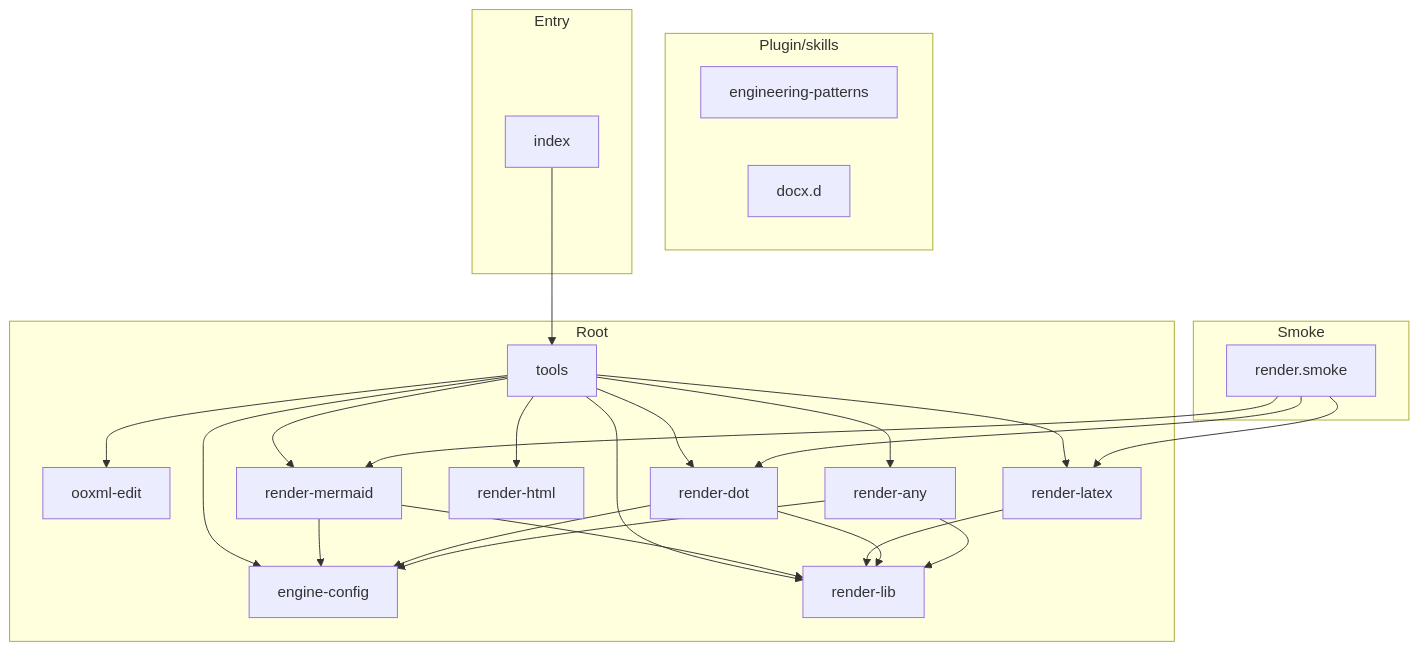
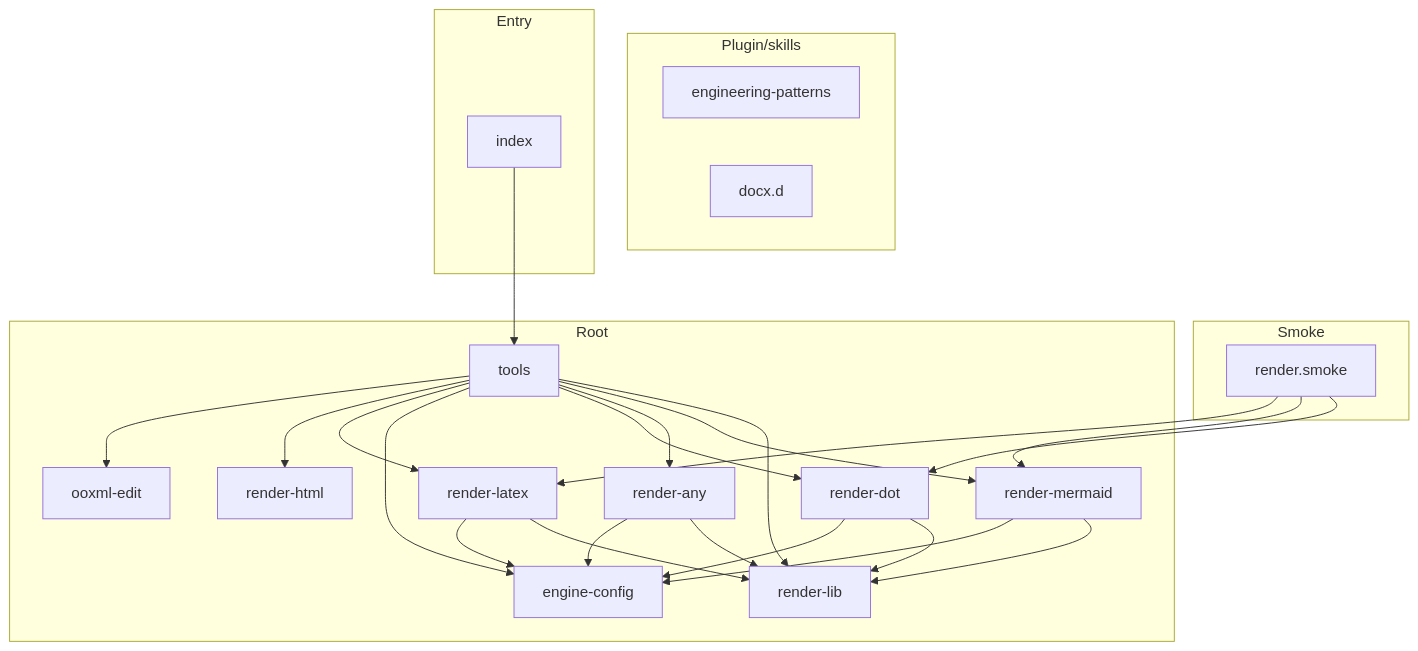
One commit to danielsimonjr/scieng-mcp changed the diagram in docs/architecture/DEPENDENCY_GRAPH.md. Above: the diagram before and after it, drawn with Mermaid. The commit also changed other lines of this file and 50 other files, not shown here.

````diff
--- a/docs/architecture/DEPENDENCY_GRAPH.md
+++ b/docs/architecture/DEPENDENCY_GRAPH.md
@@ -301,47 +309,48 @@
 ```mermaid
 graph TD
     subgraph Plugin/skills
         N0[engineering-patterns]
         N1[docx.d]
     end
 
     subgraph Smoke
         N2[render.smoke]
     end
 
     subgraph Root
         N3[engine-config]
         N4[ooxml-edit]
         N5[render-any]
         N6[render-dot]
         N7[render-html]
         N8[render-latex]
         N9[render-lib]
         N10[render-mermaid]
         N11[tools]
     end
 
     subgraph Entry
         N12[index]
     end
 
     N2 --> N6
     N2 --> N10
     N2 --> N8
     N12 --> N11
     N5 --> N9
     N5 --> N3
     N6 --> N9
     N6 --> N3
     N8 --> N9
+    N8 --> N3
     N10 --> N9
     N10 --> N3
     N11 --> N9
     N11 --> N10
     N11 --> N5
     N11 --> N6
     N11 --> N3
     N11 --> N8
     N11 --> N7
     N11 --> N4
 ```
````
